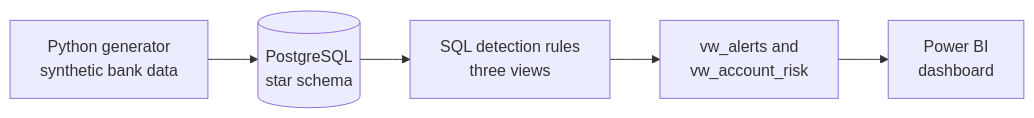
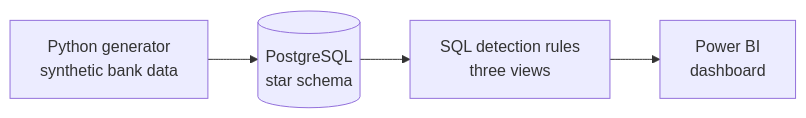
The diagram in README.md (ArjunKN-1/AML-Transaction-Monitoring-Risk-Analytics), drawn with Mermaid before and after one commit.

````diff
--- a/README.md
+++ b/README.md
@@ -57,7 +57,6 @@
 ```mermaid
 flowchart LR
     A[Python generator<br/>synthetic bank data] --> B[(PostgreSQL<br/>star schema)]
     B --> C[SQL detection rules<br/>three views]
-    C --> D[vw_alerts and<br/>vw_account_risk]
-    D --> E[Power BI<br/>dashboard]
+    C --> D[Power BI<br/>dashboard]
 ```
````
